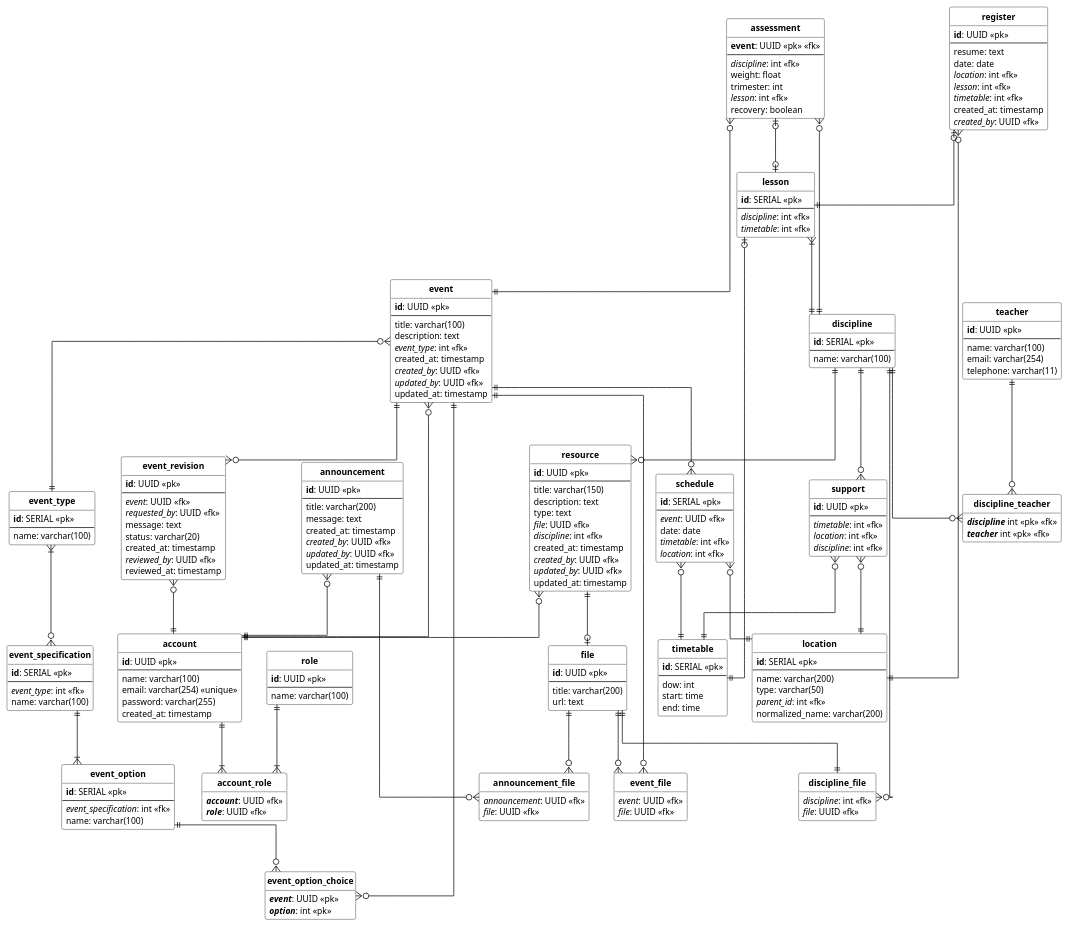
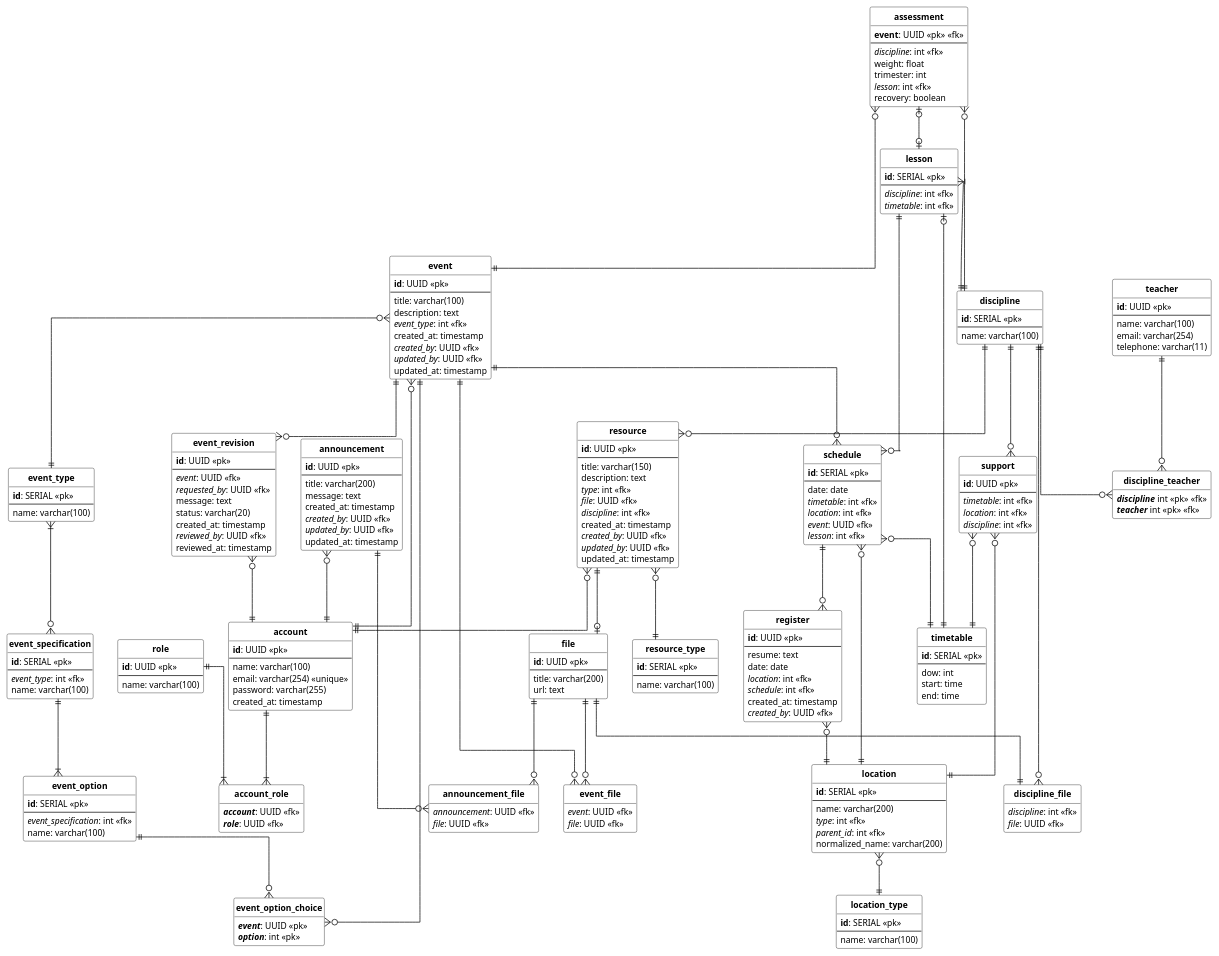
The diagram in database/modeling.plantuml (brunofagundesdev/PlantaLendario), drawn with PlantUML before and after one commit. The commit also changed 46 other files, not shown here.

```diff
--- a/database/modeling.plantuml
+++ b/database/modeling.plantuml
@@ -110,18 +110,25 @@
   **id**: SERIAL <<pk>>
   --
   name: varchar(200)
-  type: varchar(50)
+  <i>type</i>: int <<fk>>
   <i>parent_id</i>: int <<fk>>
   normalized_name: varchar(200)
+}
+
+entity location_type {
+  **id**: SERIAL <<pk>>
+  --
+  name: varchar(100)
 }
 
 entity schedule {
   **id**: SERIAL <<pk>>
   --
-  <i>event</i>: UUID <<fk>>
   date: date
   <i>timetable</i>: int <<fk>>
   <i>location</i>: int <<fk>>
+  <i>event</i>: UUID <<fk>>
+  <i>lesson</i>: int <<fk>>
 }
 
 entity lesson {
@@ -172,8 +179,7 @@
   resume: text
   date: date
   <i>location</i>: int <<fk>>
-  <i>lesson</i>: int <<fk>>
-  <i>timetable</i>: int <<fk>>
+  <i>schedule</i>: int <<fk>>
   created_at: timestamp
   <i>created_by</i>: UUID <<fk>>
 }
@@ -199,13 +205,19 @@
   --
   title: varchar(150)
   description: text
-  type: text
+  <i>type</i>: int <<fk>>
   <i>file</i>: UUID <<fk>>
   <i>discipline</i>: int <<fk>>
   created_at: timestamp
   <i>created_by</i>: UUID <<fk>>
   <i>updated_by</i>: UUID <<fk>>
   updated_at: timestamp
+}
+
+entity resource_type {
+  **id**: SERIAL <<pk>>
+  --
+  name: varchar(100)
 }
 
 entity discipline_teacher {
@@ -217,7 +229,6 @@
 teacher ||--o{ discipline_teacher
 lesson }|--|| discipline
 register }o--|| location
-register |o--|| lesson 
 assessment |o--o| lesson
 
 event }o--|| event_type
@@ -262,4 +273,11 @@
 event ||--o{ event_option_choice
 event_option ||--o{ event_option_choice
 
+location }o--|| location_type
+resource }o--|| resource_type
+
+
+lesson ||--o{ schedule
+schedule ||--o{ register
+
 @enduml
```
